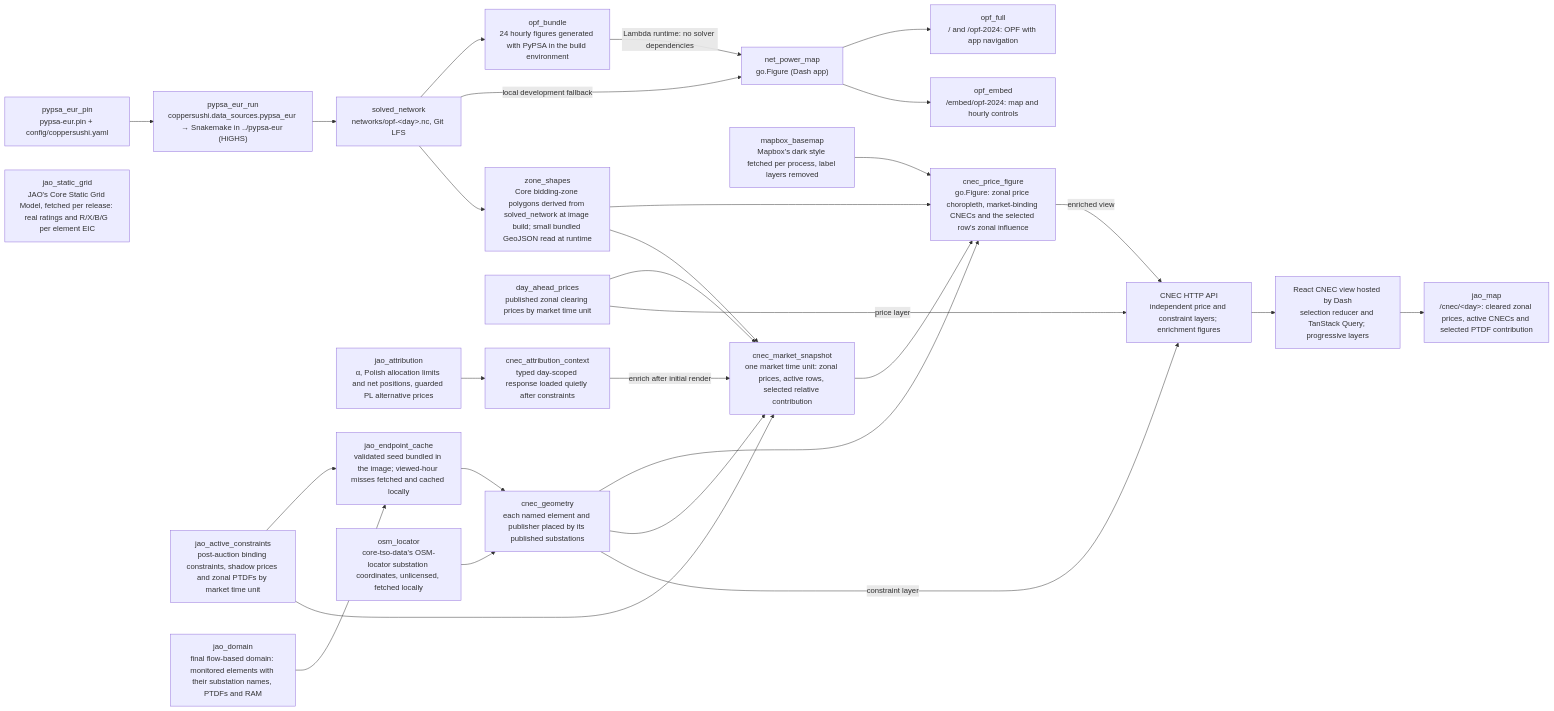
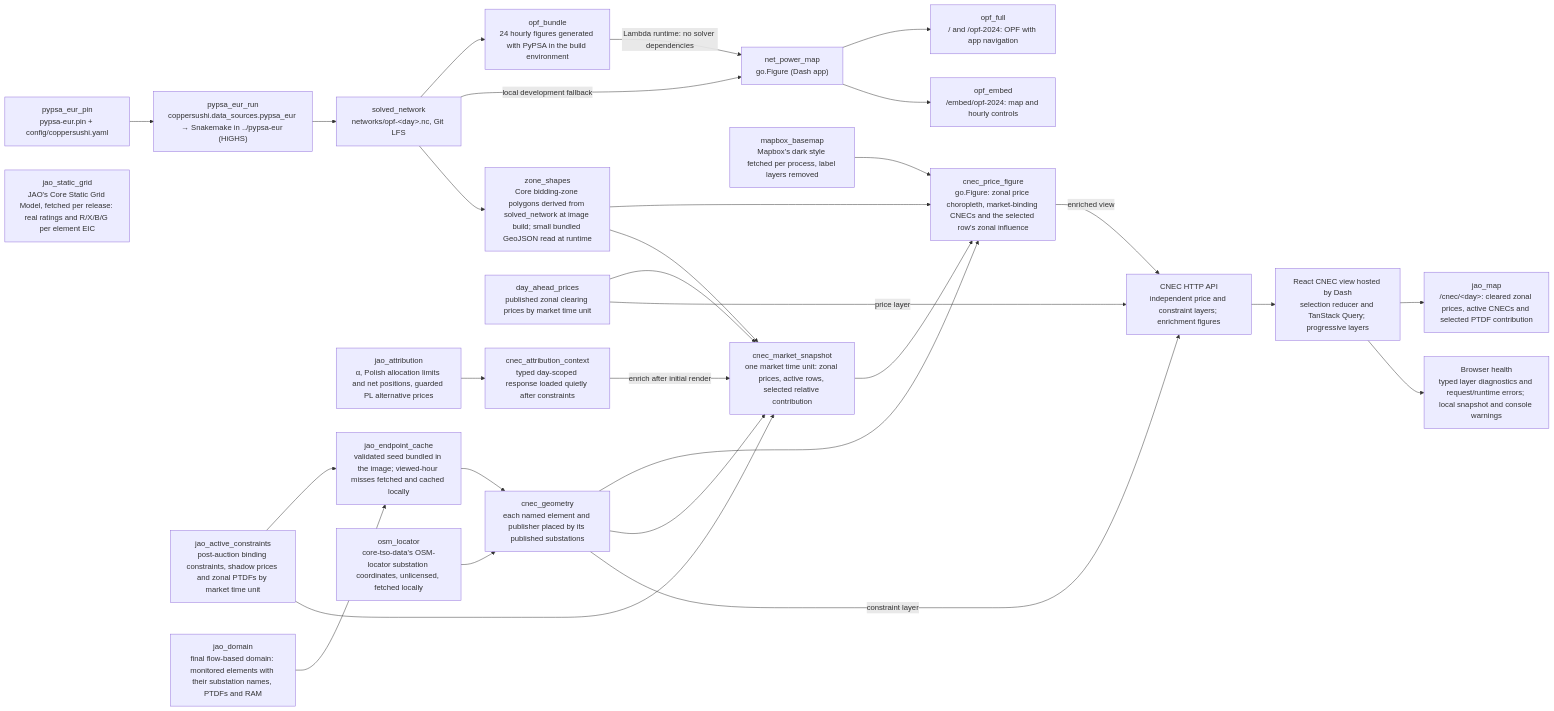
The diagram in wiki/sushi-2.md (zoltanmaric/coppersushi), drawn with Mermaid before and after one commit. The commit also changed other lines of this file and 14 other files, not shown here.

Commit message:
Report typed CNEC browser health locally

````diff
--- a/wiki/sushi-2.md
+++ b/wiki/sushi-2.md
@@ -17,59 +17,61 @@
 ```mermaid
 flowchart LR
     classDef planned stroke-dasharray: 5 5,stroke:#888,fill:none
 
     net_power_map["net_power_map<br/>go.Figure (Dash app)"]
 
     pypsa_eur_pin["pypsa_eur_pin<br/>pypsa-eur.pin + config/coppersushi.yaml"]
     pypsa_eur_run["pypsa_eur_run<br/>coppersushi.data_sources.pypsa_eur → Snakemake in ../pypsa-eur (HiGHS)"]
     solved_network["solved_network<br/>networks/opf-&lt;day&gt;.nc, Git LFS"]
     jao_active_constraints["jao_active_constraints<br/>post-auction binding constraints, shadow prices and zonal PTDFs by market time unit"]
     jao_attribution["jao_attribution<br/>α, Polish allocation limits and net positions, guarded PL alternative prices"]
     cnec_attribution_context["cnec_attribution_context<br/>typed day-scoped response loaded quietly after constraints"]
     jao_domain["jao_domain<br/>final flow-based domain: monitored elements with their substation names, PTDFs and RAM"]
     jao_endpoint_cache["jao_endpoint_cache<br/>validated seed bundled in the image; viewed-hour misses fetched and cached locally"]
     osm_locator["osm_locator<br/>core-tso-data's OSM-locator substation coordinates, unlicensed, fetched locally"]
     cnec_geometry["cnec_geometry<br/>each named element and publisher placed by its published substations"]
     zone_shapes["zone_shapes<br/>Core bidding-zone polygons derived from solved_network at image build; small bundled GeoJSON read at runtime"]
     mapbox_basemap["mapbox_basemap<br/>Mapbox's dark style fetched per process, label layers removed"]
 
     jao_static_grid["jao_static_grid<br/>JAO's Core Static Grid Model, fetched per release: real ratings and R/X/B/G per element EIC"]
 
     day_ahead_prices["day_ahead_prices<br/>published zonal clearing prices by market time unit"]
     cnec_market_snapshot["cnec_market_snapshot<br/>one market time unit: zonal prices, active rows, selected relative contribution"]
     cnec_price_figure["cnec_price_figure<br/>go.Figure: zonal price choropleth, market-binding CNECs and the selected row's zonal influence"]
     jao_map["jao_map<br/>/cnec/&lt;day&gt;: cleared zonal prices, active CNECs and selected PTDF contribution"]
 
     pypsa_eur_pin --> pypsa_eur_run
     pypsa_eur_run --> solved_network
     opf_full["opf_full<br/>/ and /opf-2024: OPF with app navigation"]
     opf_embed["opf_embed<br/>/embed/opf-2024: map and hourly controls"]
     net_power_map --> opf_full
     net_power_map --> opf_embed
     opf_bundle["opf_bundle<br/>24 hourly figures generated with PyPSA in the build environment"]
     solved_network --> opf_bundle
     opf_bundle -->|Lambda runtime: no solver dependencies| net_power_map
     solved_network -->|local development fallback| net_power_map
     solved_network --> zone_shapes
     zone_shapes --> cnec_price_figure
     jao_domain --> jao_endpoint_cache
     jao_active_constraints --> jao_endpoint_cache
     jao_endpoint_cache --> cnec_geometry
     osm_locator --> cnec_geometry
     cnec_geometry --> cnec_price_figure
     mapbox_basemap --> cnec_price_figure
     jao_attribution --> cnec_attribution_context
     cnec_attribution_context -->|enrich after initial render| cnec_market_snapshot
     cnec_geometry --> cnec_market_snapshot
     zone_shapes --> cnec_market_snapshot
     jao_active_constraints --> cnec_market_snapshot
     day_ahead_prices --> cnec_market_snapshot
     cnec_market_snapshot --> cnec_price_figure
     cnec_http["CNEC HTTP API<br/>independent price and constraint layers; enrichment figures"]
     react_cnec["React CNEC view hosted by Dash<br/>selection reducer and TanStack Query; progressive layers"]
     day_ahead_prices -->|price layer| cnec_http
     cnec_geometry -->|constraint layer| cnec_http
     cnec_price_figure -->|enriched view| cnec_http
     cnec_http --> react_cnec
     react_cnec --> jao_map
+    cnec_health["Browser health<br/>typed layer diagnostics and request/runtime errors; local snapshot and console warnings"]
+    react_cnec --> cnec_health
 ```
````
